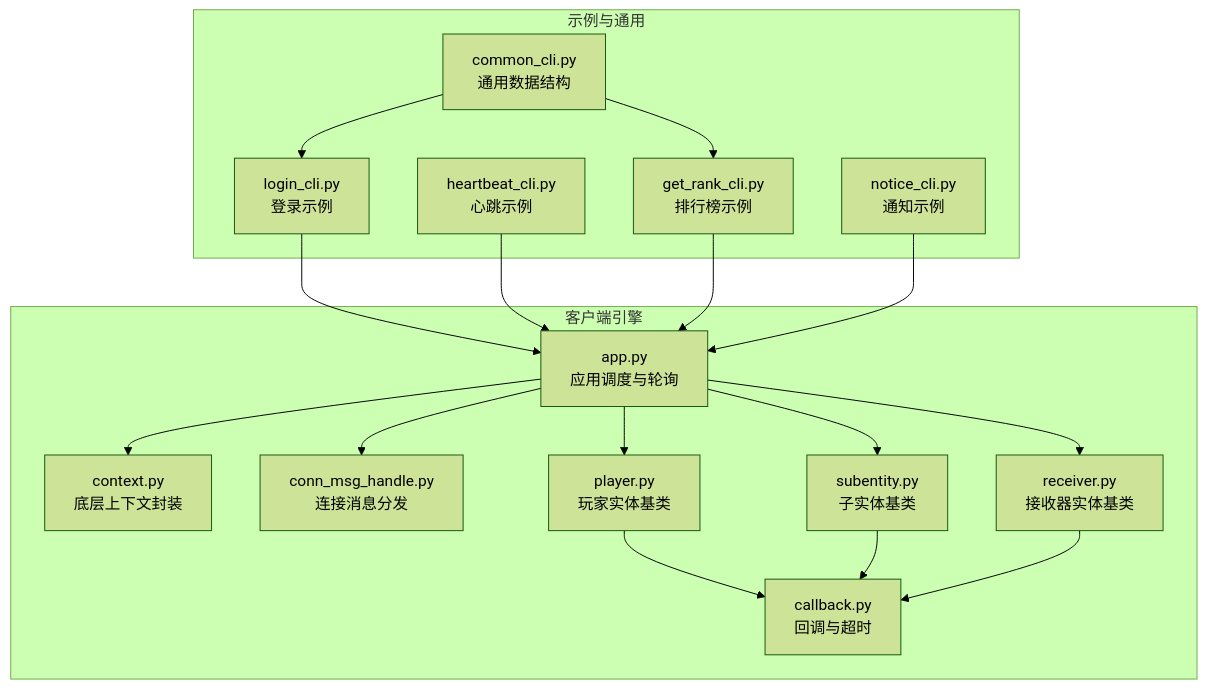
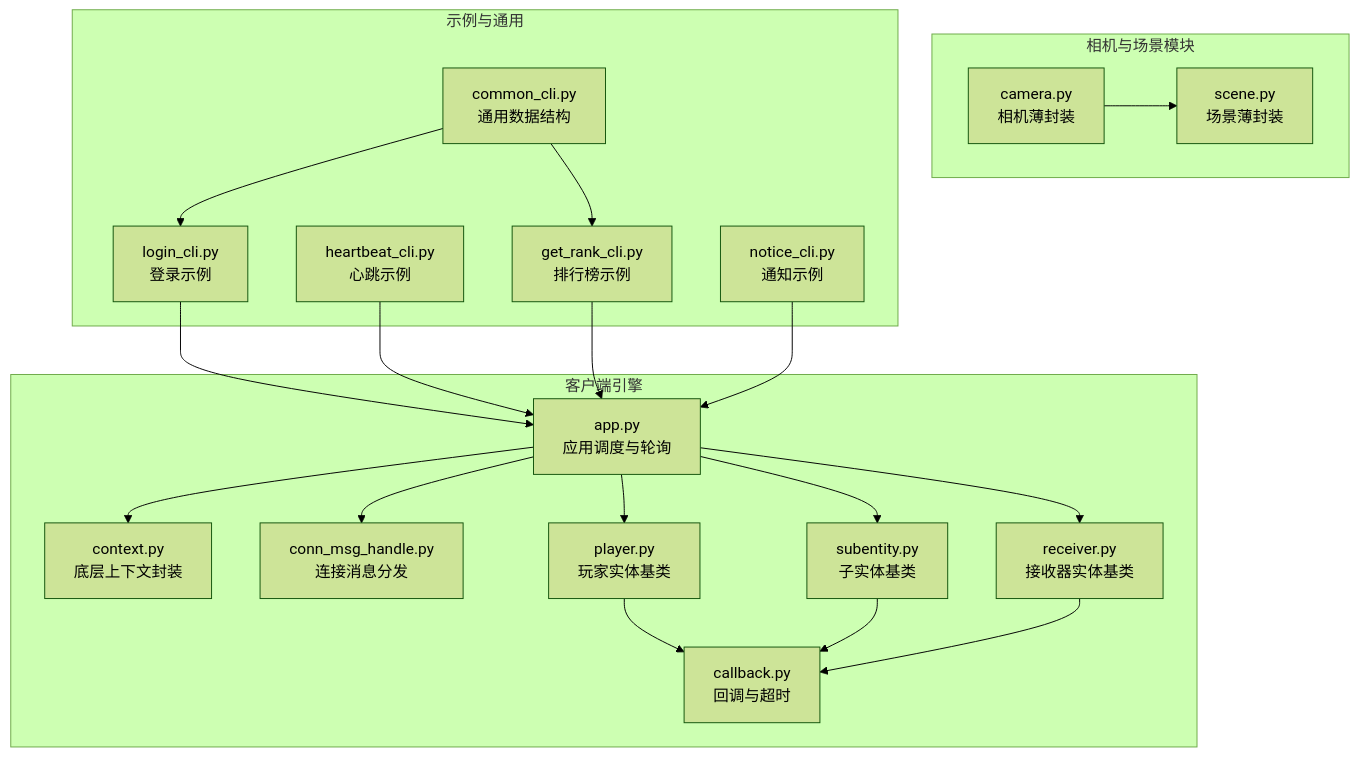
The first of 10 diagrams in .qoder/repowiki/zh/content/示例项目/客户端示例/Python 客户端示例.md (qianqians/geese), drawn with Mermaid (forest theme) before and after one commit. The commit also changed other lines of this file and 8 other files, not shown here.

````diff
--- a/.qoder/repowiki/zh/content/示例项目/客户端示例/Python 客户端示例.md
+++ b/.qoder/repowiki/zh/content/示例项目/客户端示例/Python 客户端示例.md
@@ -37,33 +45,38 @@
 ```mermaid
 graph TB
 subgraph "客户端引擎"
 APP["app.py<br/>应用调度与轮询"]
 CTX["context.py<br/>底层上下文封装"]
 CMSG["conn_msg_handle.py<br/>连接消息分发"]
 PLR["player.py<br/>玩家实体基类"]
 SUB["subentity.py<br/>子实体基类"]
 RCV["receiver.py<br/>接收器实体基类"]
 CBK["callback.py<br/>回调与超时"]
+end
+subgraph "相机与场景模块"
+CAM["camera.py<br/>相机薄封装"]
+SCN["scene.py<br/>场景薄封装"]
 end
 subgraph "示例与通用"
 LCLI["login_cli.py<br/>登录示例"]
 HCLI["heartbeat_cli.py<br/>心跳示例"]
 GCLI["get_rank_cli.py<br/>排行榜示例"]
 NCLI["notice_cli.py<br/>通知示例"]
 COM["common_cli.py<br/>通用数据结构"]
 end
 APP --> CTX
 APP --> CMSG
 APP --> PLR
 APP --> SUB
 APP --> RCV
 PLR --> CBK
 SUB --> CBK
 RCV --> CBK
+CAM --> SCN
 LCLI --> APP
 HCLI --> APP
 GCLI --> APP
 NCLI --> APP
 COM --> LCLI
 COM --> GCLI
 ```
````
